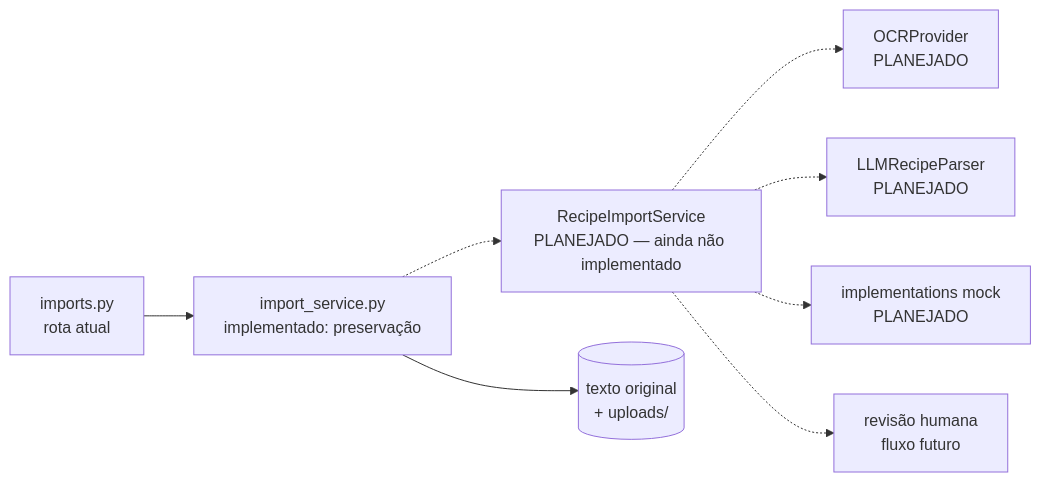
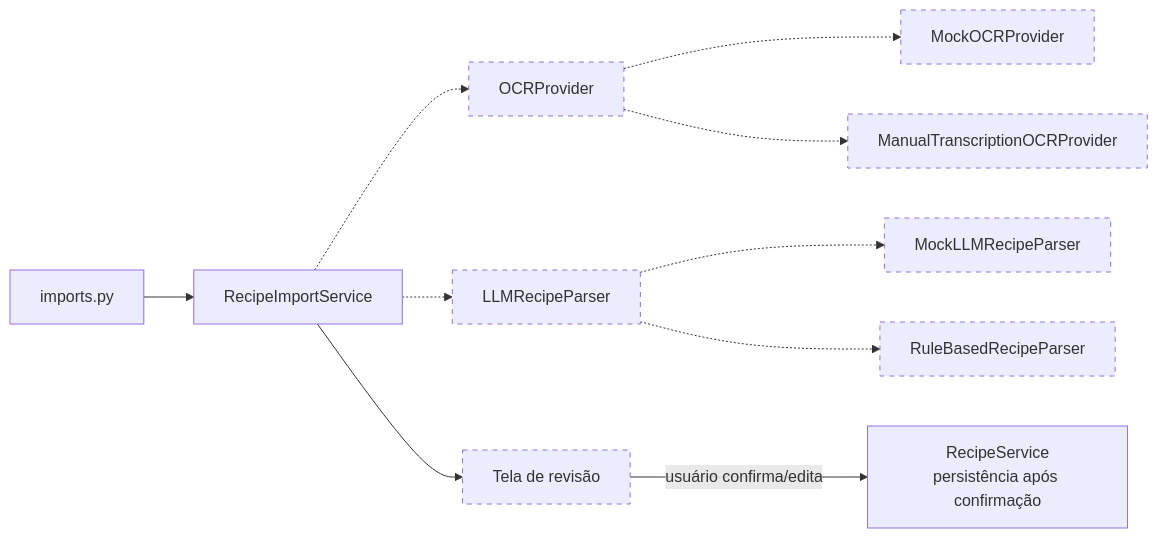
The eighth of 8 diagrams in docs/ARCHITECTURE_DIAGRAMS.md (tscherubino/esp-t2-es-c4), drawn with Mermaid before and after one commit. The commit also changed other lines of this file, not shown here.

First line of the commit message:
docs(arquitetura): atualizar diagramas do fluxo de importação

````diff
--- a/docs/ARCHITECTURE_DIAGRAMS.md
+++ b/docs/ARCHITECTURE_DIAGRAMS.md
@@ -374,10 +362,26 @@
 ```mermaid
 flowchart LR
-    Current[imports.py\nrota atual] --> ImportService[import_service.py\nimplementado: preservação]
-    ImportService -.-> Planned[RecipeImportService\nPLANEJADO — ainda não implementado]
-    Planned -.-> OCR[OCRProvider\nPLANEJADO]
-    Planned -.-> LLM[LLMRecipeParser\nPLANEJADO]
-    Planned -.-> Mocks[implementations mock\nPLANEJADO]
-    Planned -.-> Review[revisão humana\nfluxo futuro]
-    ImportService --> Sources[(texto original\n+ uploads/)]
+    ImportRoute[imports.py]
+    ImportService[RecipeImportService]
+    OCR[OCRProvider]
+    Parser[LLMRecipeParser]
+    MockOCR[MockOCRProvider]
+    ManualOCR[ManualTranscriptionOCRProvider]
+    MockLLM[MockLLMRecipeParser]
+    RuleParser[RuleBasedRecipeParser]
+    Review[Tela de revisão]
+    Persist[RecipeService\npersistência após confirmação]
+
+    ImportRoute --> ImportService
+    ImportService -.-> OCR
+    ImportService -.-> Parser
+    OCR -.-> MockOCR
+    OCR -.-> ManualOCR
+    Parser -.-> MockLLM
+    Parser -.-> RuleParser
+    ImportService --> Review
+    Review -->|usuário confirma/edita| Persist
+
+    classDef planned stroke-dasharray: 5 5;
+    class OCR,Parser,MockOCR,ManualOCR,MockLLM,RuleParser,Review planned;
 ```
````
